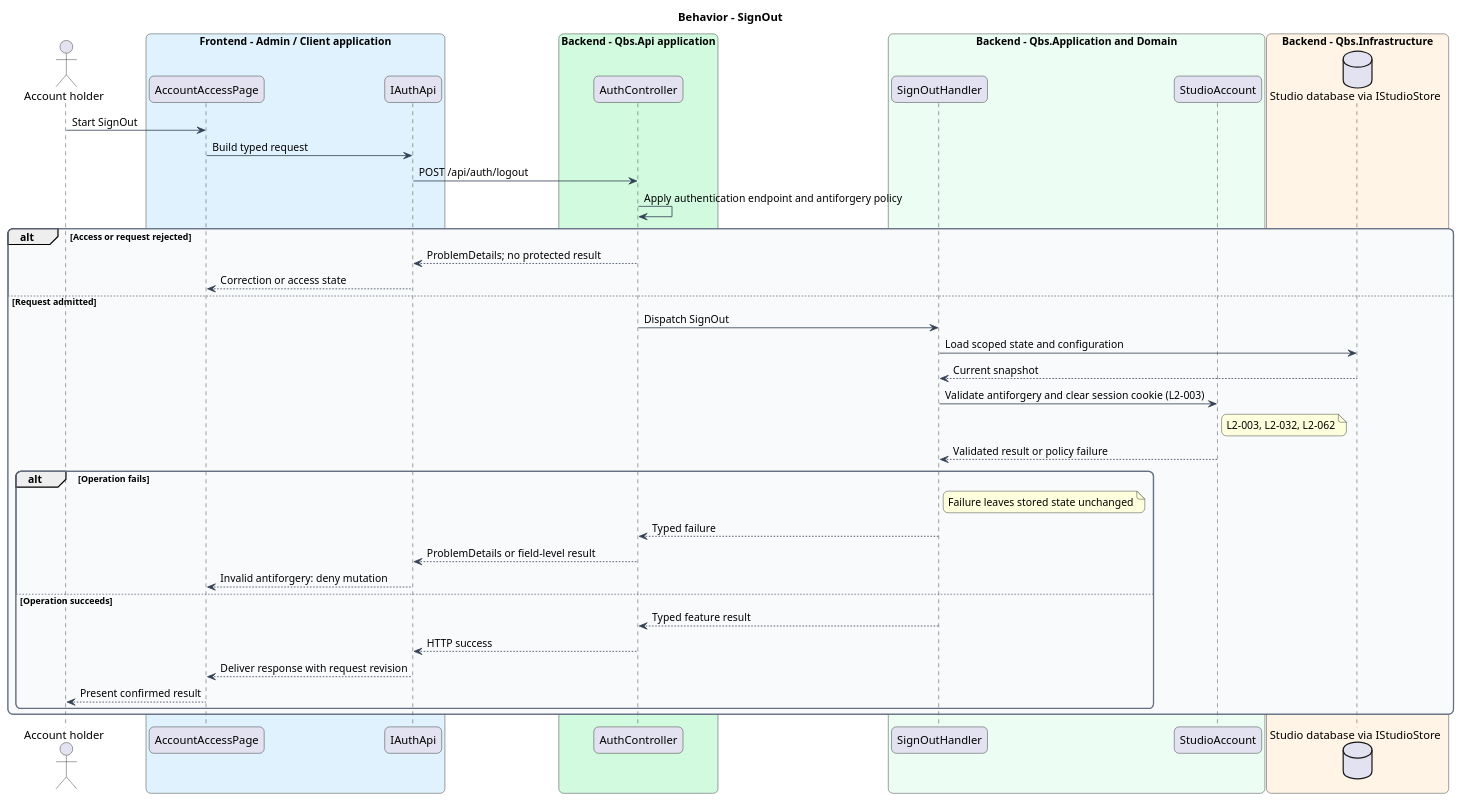
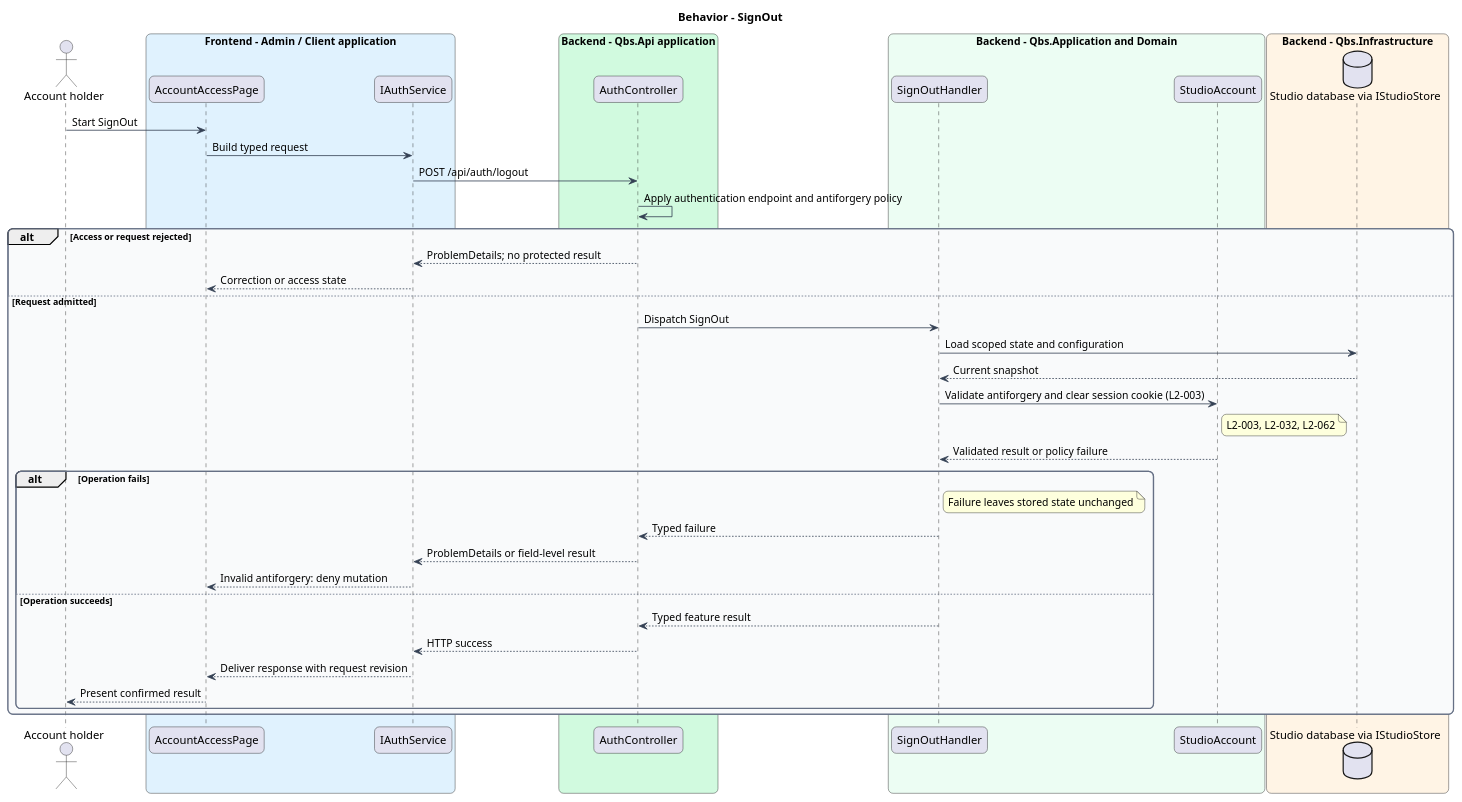
The diagram in docs/detailed-designs/client-access/invite-and-authenticate-users/diagrams/sequence-sign-out.puml (QuinntyneBrown/quinntyne-brown-studio), drawn with PlantUML before and after one commit. The commit also changed 236 other files, not shown here.

```diff
--- a/docs/detailed-designs/client-access/invite-and-authenticate-users/diagrams/sequence-sign-out.puml
+++ b/docs/detailed-designs/client-access/invite-and-authenticate-users/diagrams/sequence-sign-out.puml
@@ -1,60 +1,60 @@
 @startuml
 skinparam backgroundColor #FFFFFF
 skinparam shadowing false
 skinparam roundcorner 12
 skinparam defaultFontName Arial
 skinparam ArrowColor #344054
 skinparam rectangle {
   BorderColor #344054
   FontColor #101828
 }
 skinparam package {
   BorderColor #667085
   FontColor #101828
   BackgroundColor #F9FAFB
 }
 title Behavior - SignOut
 actor "Account holder" as actor
 box "Frontend - Admin / Client application" #E0F2FE
  participant "AccountAccessPage" as page
- participant "IAuthApi" as client
+ participant "IAuthService" as client
 end box
 box "Backend - Qbs.Api application" #D1FADF
  participant "AuthController" as controller
 end box
 box "Backend - Qbs.Application and Domain" #ECFDF3
  participant "SignOutHandler" as handler
  participant "StudioAccount" as entity
 end box
 box "Backend - Qbs.Infrastructure" #FFF4E5
  database "Studio database via IStudioStore" as db
 end box
 actor -> page : Start SignOut
 page -> client : Build typed request
 client -> controller : POST /api/auth/logout
 controller -> controller : Apply authentication endpoint and antiforgery policy
 alt Access or request rejected
 controller --> client : ProblemDetails; no protected result
 client --> page : Correction or access state
 else Request admitted
 controller -> handler : Dispatch SignOut
 handler -> db : Load scoped state and configuration
 db --> handler : Current snapshot
 handler -> entity : Validate antiforgery and clear session cookie (L2-003)
 note right of entity
 L2-003, L2-032, L2-062
 end note
 entity --> handler : Validated result or policy failure
 alt Operation fails
 note right of handler : Failure leaves stored state unchanged
 handler --> controller : Typed failure
 controller --> client : ProblemDetails or field-level result
 client --> page : Invalid antiforgery: deny mutation
 else Operation succeeds
 handler --> controller : Typed feature result
 controller --> client : HTTP success
 client --> page : Deliver response with request revision
 page --> actor : Present confirmed result
 end
 end
 @enduml
```
